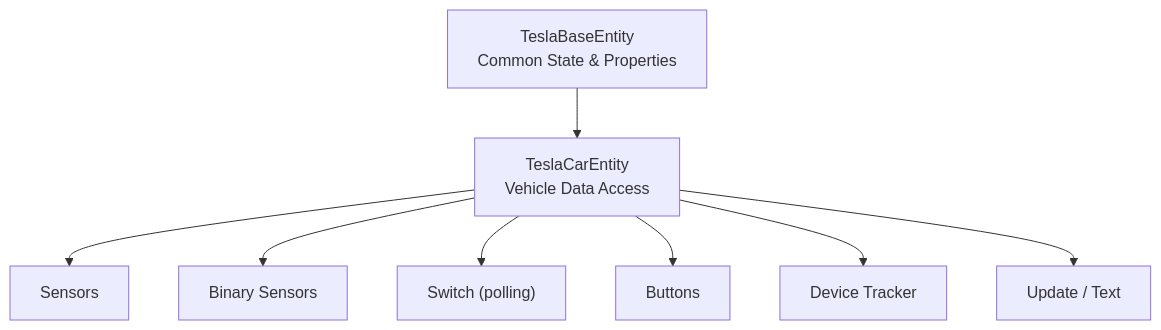
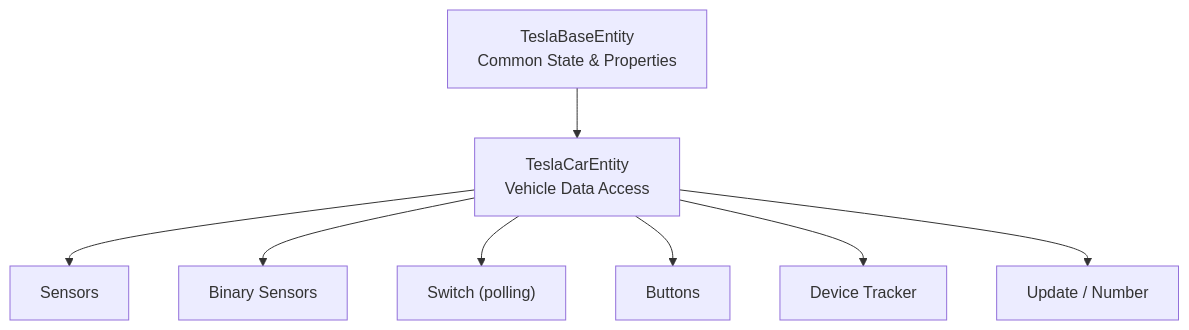
One commit to grzesiek1711/tesla changed the fourth of 8 diagrams in docs/architecture.md. Above: the diagram before and after it, drawn with Mermaid. The commit also changed other lines of this file and 21 other files, not shown here.

````diff
--- a/docs/architecture.md
+++ b/docs/architecture.md
@@ -94,15 +94,15 @@
 ```mermaid
 graph TB
     TBE["TeslaBaseEntity<br/>Common State & Properties"]
 
     TCE["TeslaCarEntity<br/>Vehicle Data Access"]
 
     TBE --> TCE
 
     TCE --> S1["Sensors"]
     TCE --> S2["Binary Sensors"]
     TCE --> S3["Switch (polling)"]
     TCE --> S4["Buttons"]
     TCE --> S5["Device Tracker"]
-    TCE --> S6["Update / Text"]
+    TCE --> S6["Update / Number"]
 ```
````
